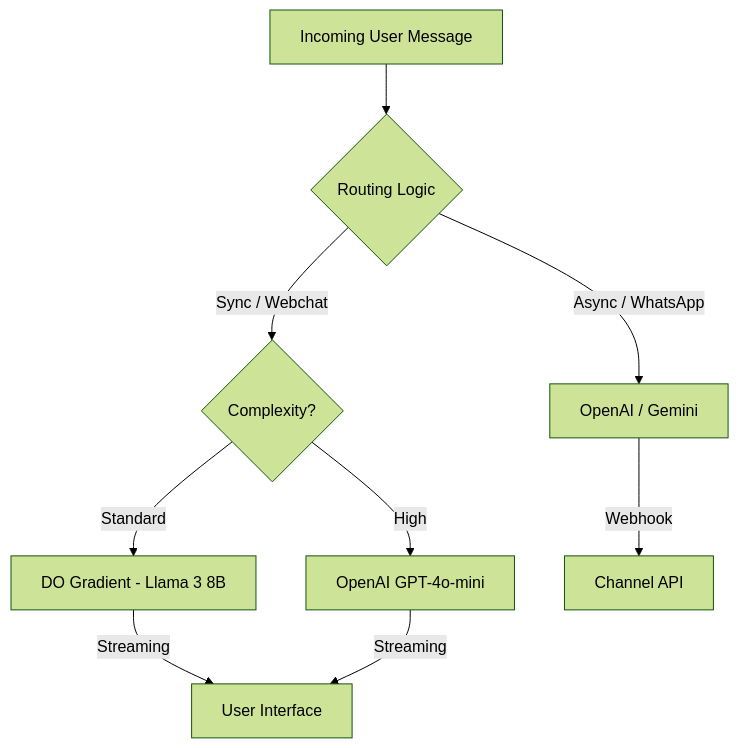
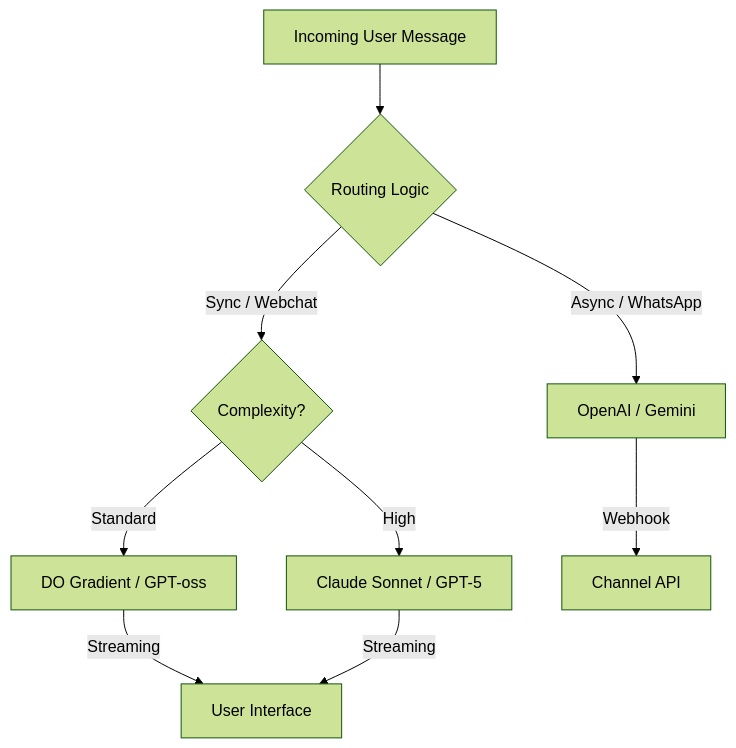
Before and after one commit to swopno1/replybase-saas: the diagram in docs/ai/hybrid-ai-architecture.md, drawn with Mermaid (forest theme). The commit also changed other lines of this file and 8 other files, not shown here.

Commit message:
refactor: add missing Prisma model methods to test mocks and update AI strategy documentation with future-looking roadmap items

````diff
--- a/docs/ai/hybrid-ai-architecture.md
+++ b/docs/ai/hybrid-ai-architecture.md
@@ -59,13 +38,13 @@
 ```mermaid
 graph TD
     A[Incoming User Message] --> B{Routing Logic}
     B -- Sync / Webchat --> C{Complexity?}
-    C -- Standard --> D[DO Gradient - Llama 3 8B]
-    C -- High --> E[OpenAI GPT-4o-mini]
+    C -- Standard --> D[DO Gradient / GPT-oss]
+    C -- High --> E[Claude Sonnet / GPT-5]
     
     B -- Async / WhatsApp --> F[OpenAI / Gemini]
     
     D -- Streaming --> G[User Interface]
     E -- Streaming --> G
     F -- Webhook --> H[Channel API]
 ```
````
